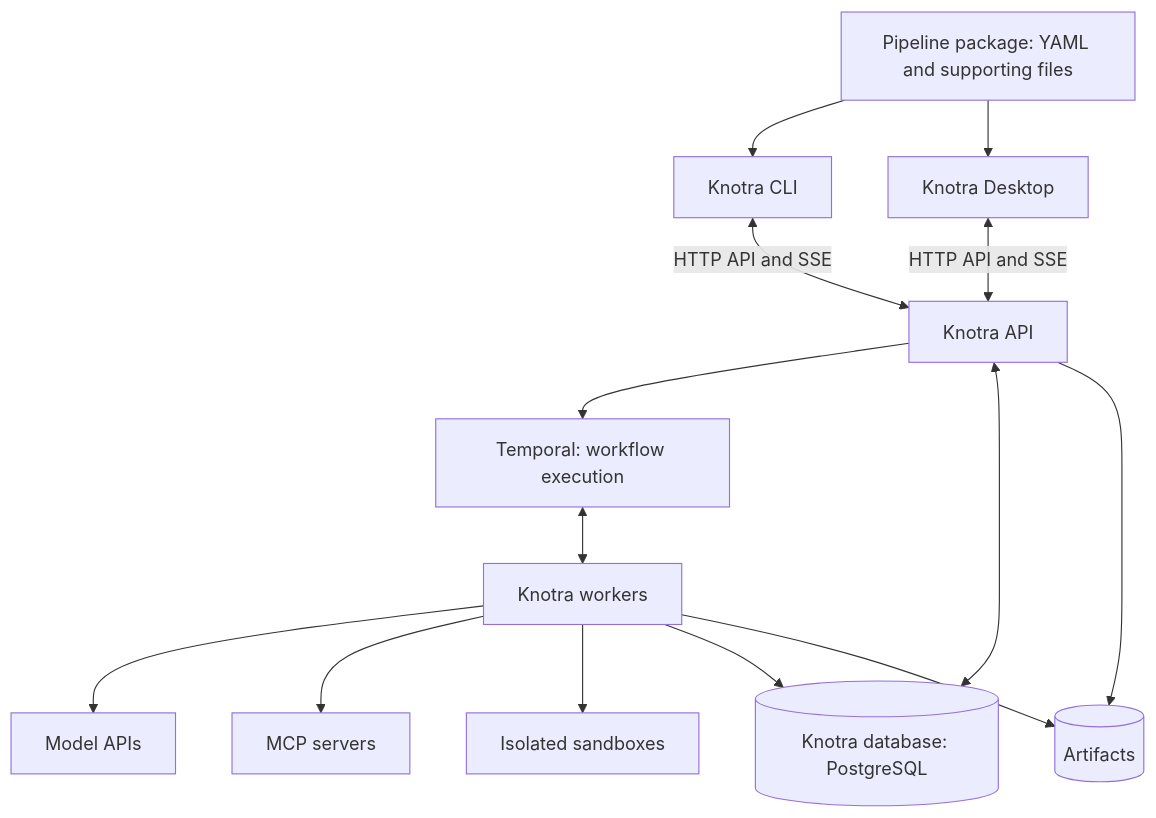
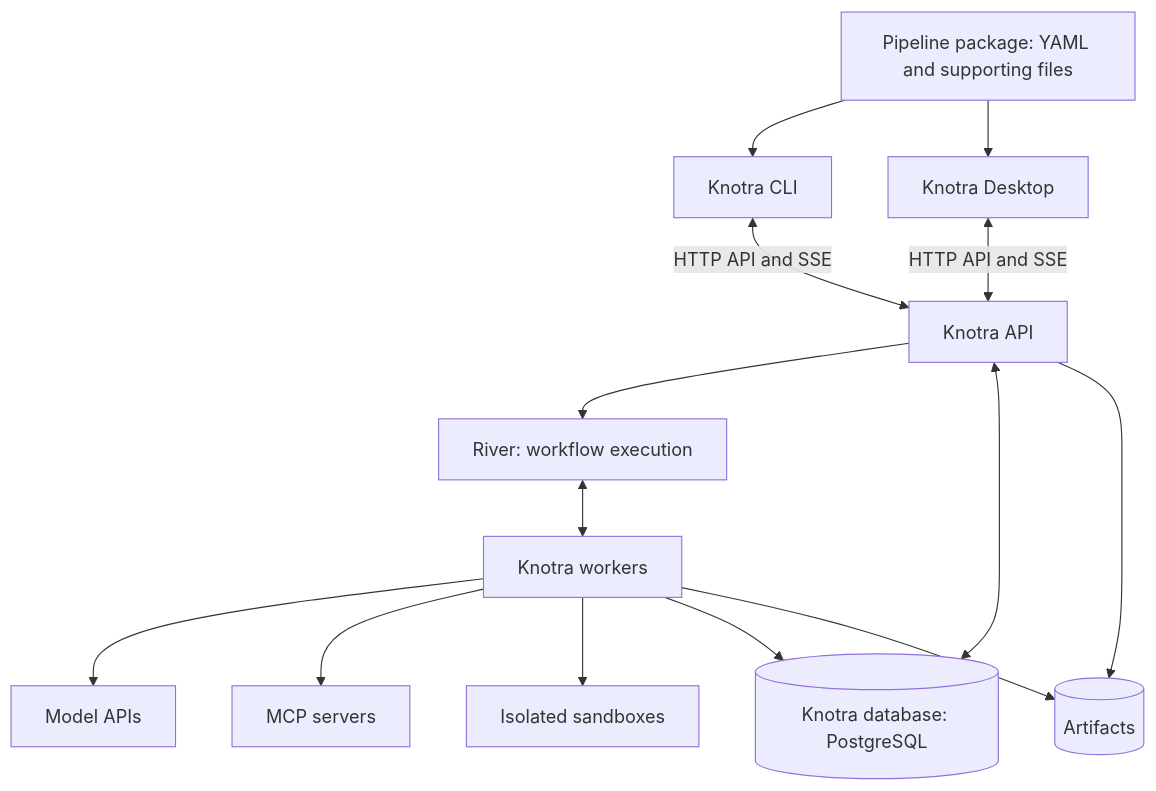
Before and after one commit to michael-bill/knotra: the diagram in README.md, drawn with Mermaid. The commit also changed other lines of this file and 215 other files, not shown here.

````diff
--- a/README.md
+++ b/README.md
@@ -153,16 +153,16 @@
 ```mermaid
 flowchart TD
     Package["Pipeline package: YAML and supporting files"] --> CLI["Knotra CLI"]
     Package --> Desktop["Knotra Desktop"]
     Desktop <-->|HTTP API and SSE| API
     CLI <-->|HTTP API and SSE| API["Knotra API"]
-    API --> Temporal["Temporal: workflow execution"]
-    Temporal <--> Workers["Knotra workers"]
+    API --> River["River: workflow execution"]
+    River <--> Workers["Knotra workers"]
     Workers --> Models["Model APIs"]
     Workers --> MCP["MCP servers"]
     Workers --> Sandbox["Isolated sandboxes"]
     API <--> DB[("Knotra database: PostgreSQL")]
     Workers --> DB
     API --> Artifacts[("Artifacts")]
     Workers --> Artifacts
 ```
````
